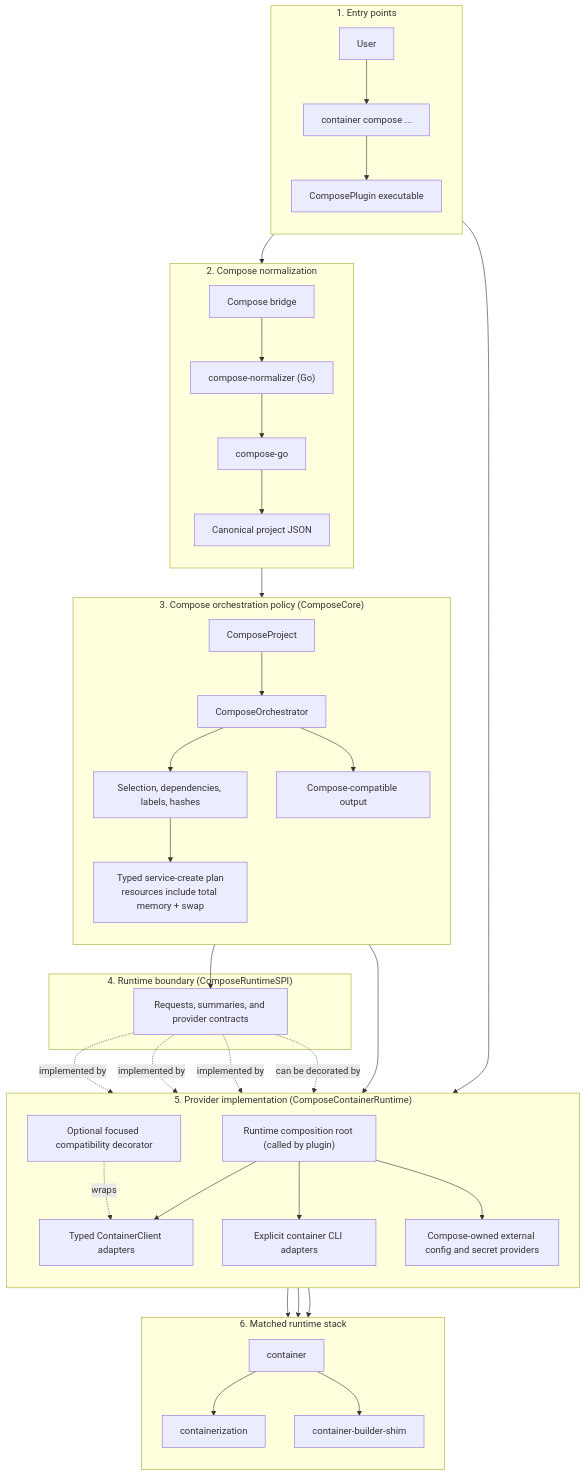
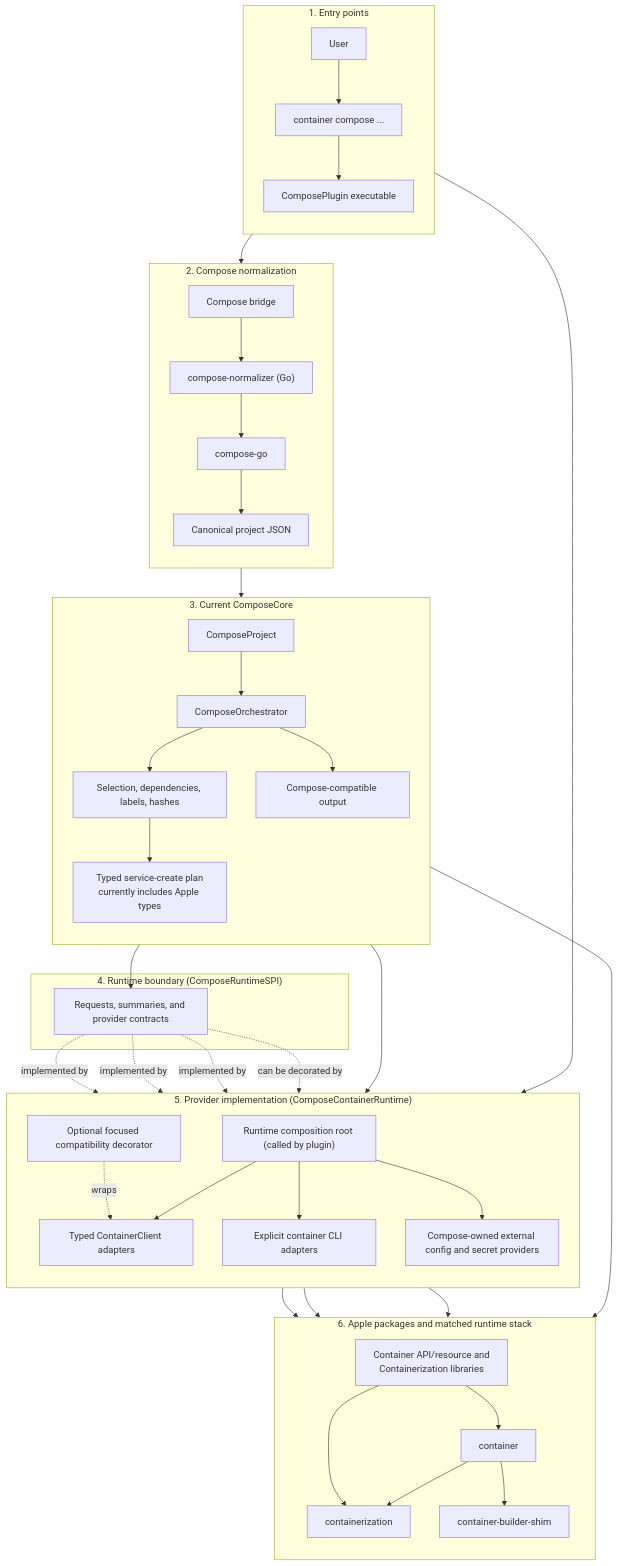
The diagram in DESIGN.md (stephenlclarke/container-compose), drawn with Mermaid before and after one commit. The commit also changed other lines of this file and 7 other files, not shown here.

First line of the commit message:
docs: correct architecture and divergence reporting

````diff
--- a/DESIGN.md
+++ b/DESIGN.md
@@ -111,59 +133,63 @@
 ```mermaid
 flowchart TD
     subgraph Entry["1. Entry points"]
         direction TB
         User["User"] --> ContainerCLI["container compose ..."]
         ContainerCLI --> Plugin["ComposePlugin executable"]
     end
 
     subgraph Normalization["2. Compose normalization"]
         direction TB
         Bridge["Compose bridge"] --> Normalizer["compose-normalizer (Go)"]
         Normalizer --> ComposeGo["compose-go"]
         ComposeGo --> Canonical["Canonical project JSON"]
     end
 
-    subgraph Policy["3. Compose orchestration policy (ComposeCore)"]
+    subgraph Policy["3. Current ComposeCore"]
         direction TB
         Model["ComposeProject"] --> Orchestrator["ComposeOrchestrator"]
         Orchestrator --> Planner["Selection, dependencies, labels, hashes"]
-        Planner --> CreatePlan["Typed service-create plan\nresources include total memory + swap"]
+        Planner --> CreatePlan["Typed service-create plan\ncurrently includes Apple types"]
         Orchestrator --> Output["Compose-compatible output"]
     end
 
     subgraph Boundary["4. Runtime boundary (ComposeRuntimeSPI)"]
         SPI["Requests, summaries, and provider contracts"]
     end
 
     subgraph Providers["5. Provider implementation (ComposeContainerRuntime)"]
         direction TB
         Composition["Runtime composition root (called by plugin)"]
         Direct["Typed ContainerClient adapters"]
         Command["Explicit container CLI adapters"]
         LocalStores["Compose-owned external config and secret providers"]
         Decorator["Optional focused compatibility decorator"]
         Composition --> Direct
         Composition --> Command
         Composition --> LocalStores
     end
 
-    subgraph Runtime["6. Matched runtime stack"]
+    subgraph Runtime["6. Apple packages and matched runtime stack"]
         direction TB
+        AppleProducts["Container API/resource and\nContainerization libraries"]
         Container["container"] --> Containerization["containerization"]
         Container --> Builder["container-builder-shim"]
+        AppleProducts --> Container
+        AppleProducts --> Containerization
     end
 
     Plugin --> Bridge
     Plugin --> Composition
     Canonical --> Model
     Orchestrator --> SPI
+    Orchestrator --> AppleProducts
     SPI -. "implemented by" .-> Direct
     SPI -. "implemented by" .-> Command
     SPI -. "implemented by" .-> LocalStores
     SPI -. "can be decorated by" .-> Decorator
     Decorator -. "wraps" .-> Direct
     CreatePlan --> Command
     Direct --> Container
     Command --> Container
     Decorator --> Container
 ```
````
